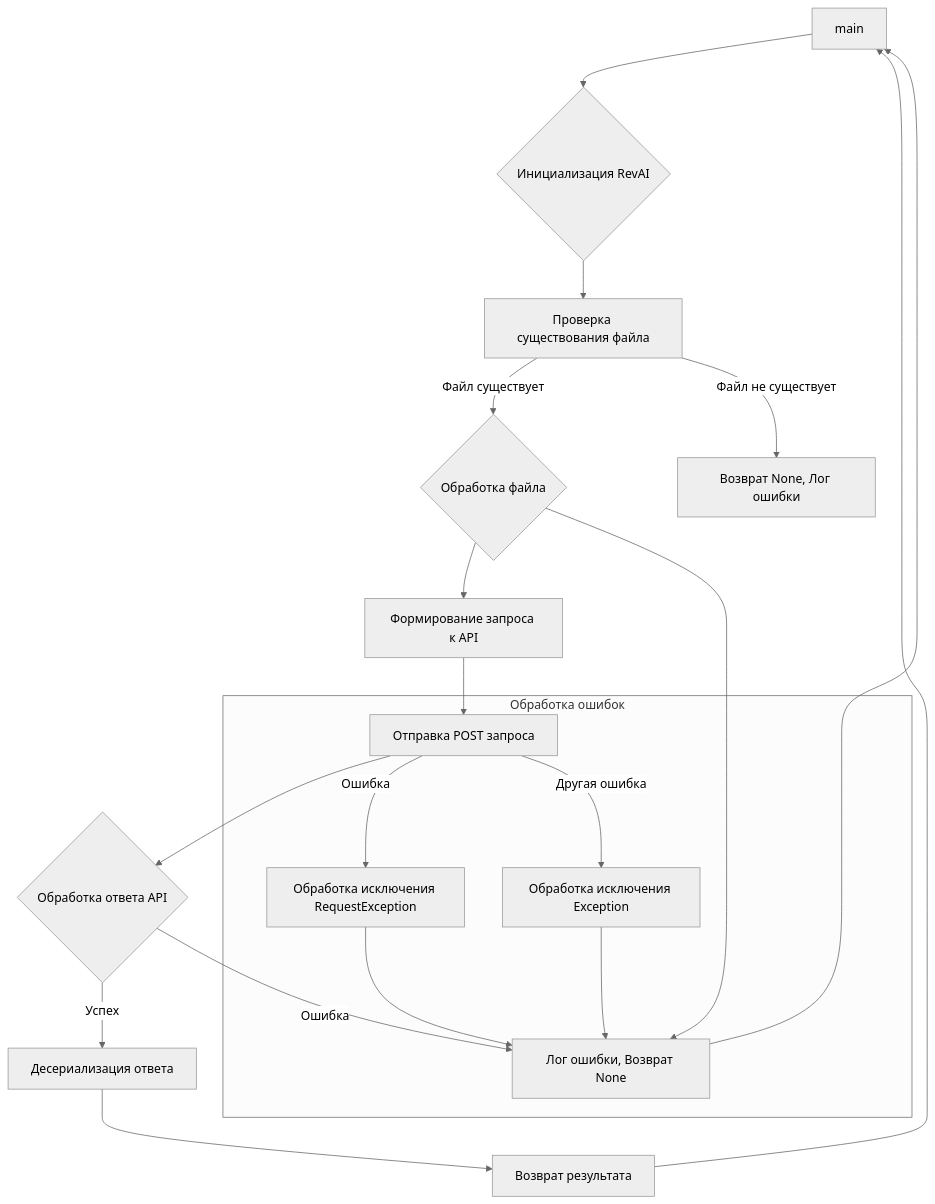
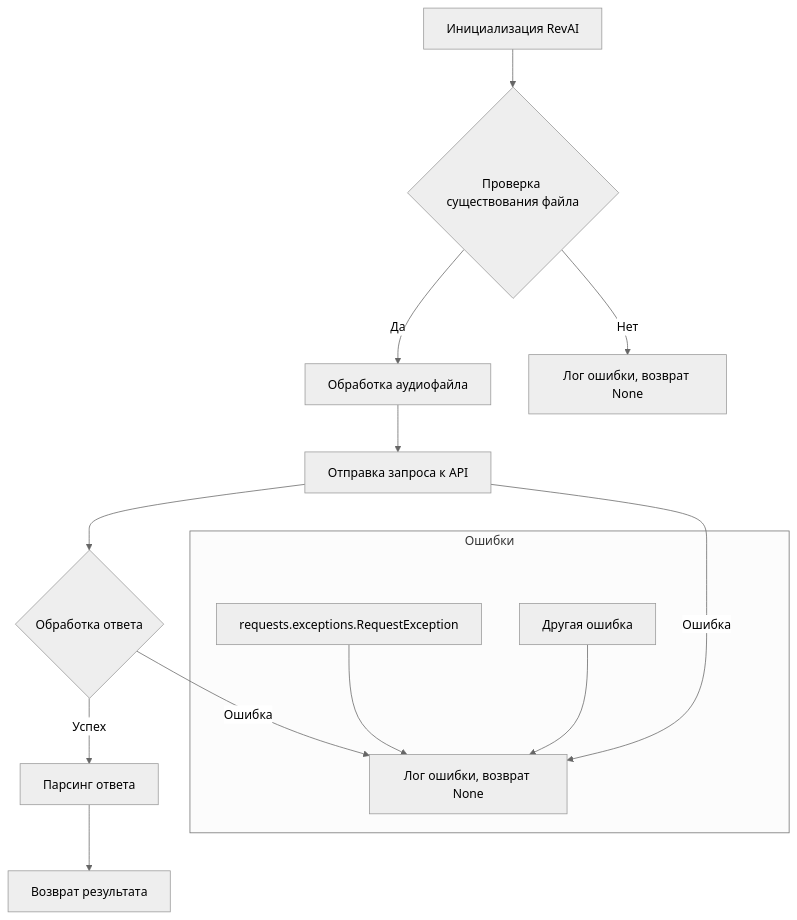
Before and after one commit to hypo69/hypo: the diagram in docs/gemini/ru/explainer/src/ai/revai/rev_ai.md, drawn with Mermaid (neutral theme). The commit also changed other lines of this file and 877 other files, not shown here.

````diff
--- a/docs/gemini/ru/explainer/src/ai/revai/rev_ai.md
+++ b/docs/gemini/ru/explainer/src/ai/revai/rev_ai.md
@@ -124,22 +128,16 @@
 ```mermaid
 graph TD
-    A[main] --> B{Инициализация RevAI};
-    B --> C[Проверка существования файла];
-    C -- Файл существует --> D{Обработка файла};
-    C -- Файл не существует --> E[Возврат None, Лог ошибки];
-    D --> F[Формирование запроса к API];
-    F --> G[Отправка POST запроса];
-    G --> H{Обработка ответа API};
-    H -- Успех --> I[Десериализация ответа];
-    I --> J[Возврат результата];
-    H -- Ошибка --> K[Лог ошибки, Возврат None];
-    D --> K;
-    J --> A;
-    K --> A;
-    subgraph Обработка ошибок
-        G -- Ошибка --> L[Обработка исключения RequestException];
-        L --> K;
-        G -- Другая ошибка --> M[Обработка исключения Exception];
-        M --> K;
+    A[Инициализация RevAI] --> B{Проверка существования файла};
+    B -- Да --> C[Обработка аудиофайла];
+    B -- Нет --> D[Лог ошибки, возврат None];
+    C --> E[Отправка запроса к API];
+    E --> F{Обработка ответа};
+    F -- Успех --> G[Парсинг ответа];
+    G --> H[Возврат результата];
+    F -- Ошибка --> I[Лог ошибки, возврат None];
+    E -- Ошибка --> I;
+    subgraph Ошибки
+        J[requests.exceptions.RequestException] --> I;
+        K[Другая ошибка] --> I;
     end
 ```
````
